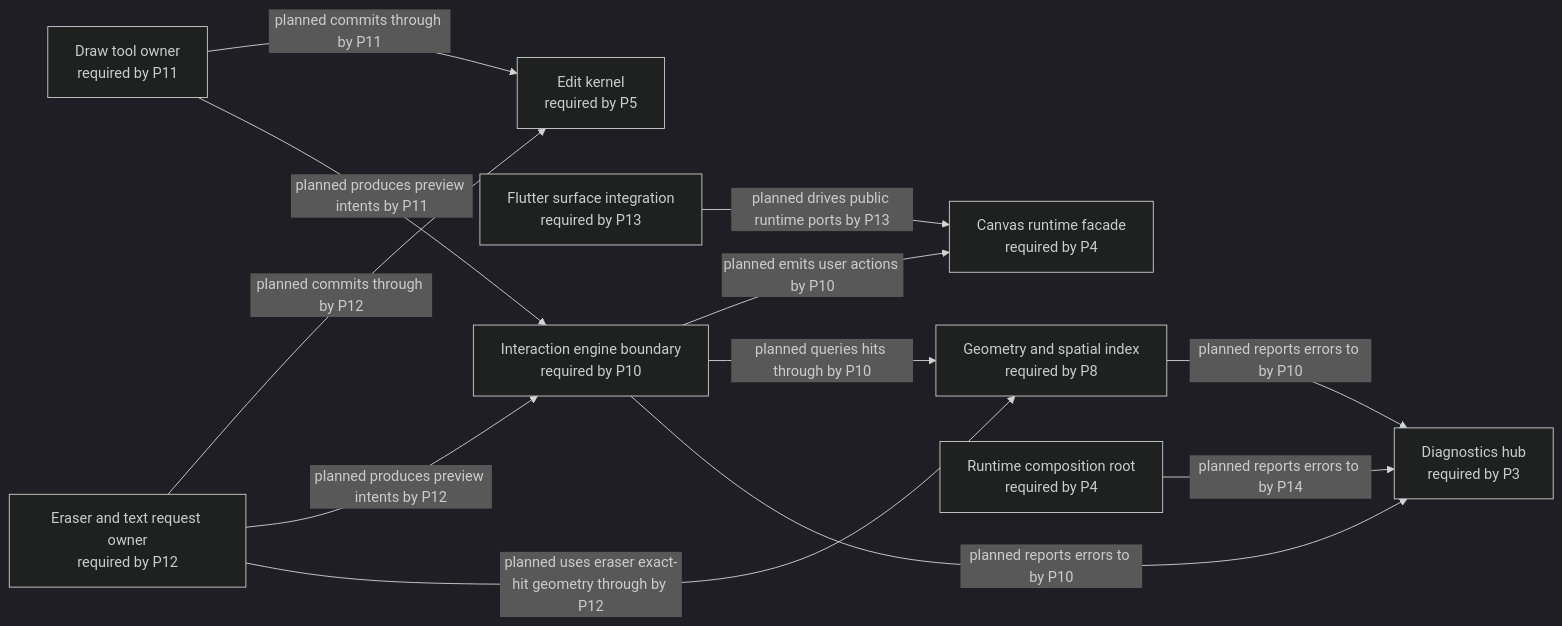
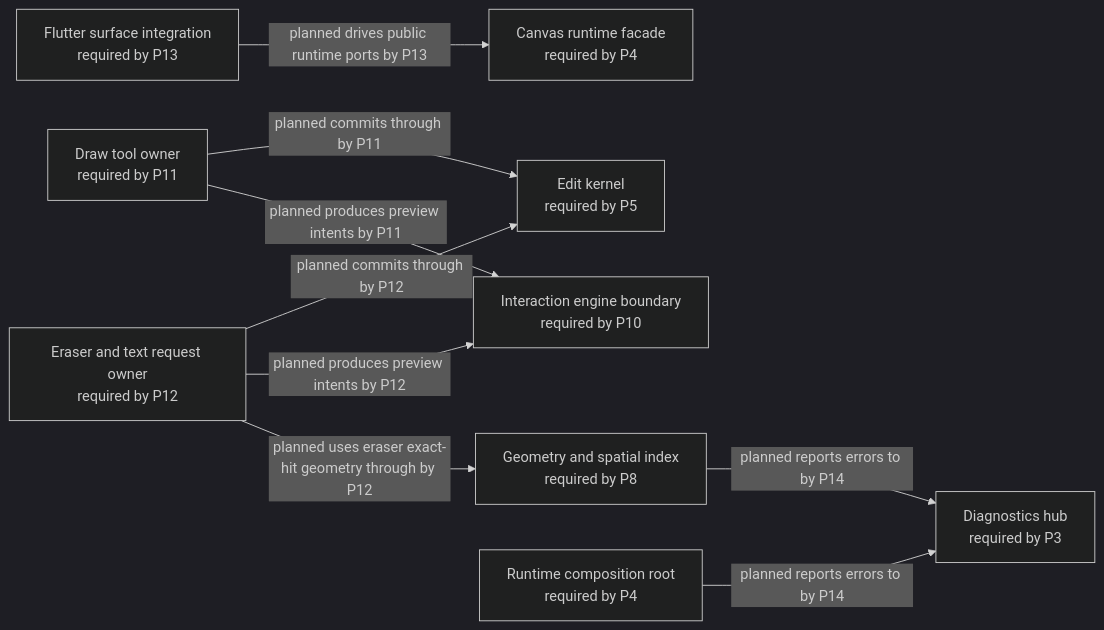
Before and after one commit to GreatPika/iwb_canvas_engine: the diagram in docs/diagrams/generated/future_target.mmd, drawn with Mermaid (dark theme). The commit also changed 14 other files, not shown here.

```diff
--- a/docs/diagrams/generated/future_target.mmd
+++ b/docs/diagrams/generated/future_target.mmd
@@ -1,26 +1,23 @@
 %% GENERATED FILE. Do not edit by hand.
 %% Source: docs/architecture/architecture_graph.yaml
 %% View: Future target architecture graph
-%% Selected phase: P9
+%% Selected phase: P10
 %% Note: Shows future planned edges after the selected phase plus their endpoint nodes for context.
 flowchart LR
   api_canvas_runtime["Canvas runtime facade<br/>required by P4"]
   diagnostics_hub["Diagnostics hub<br/>required by P3"]
   draw_tools["Draw tool owner<br/>required by P11"]
   edit_kernel["Edit kernel<br/>required by P5"]
   eraser_text_request["Eraser and text request owner<br/>required by P12"]
   flutter_surface["Flutter surface integration<br/>required by P13"]
   geometry_spatial_index["Geometry and spatial index<br/>required by P8"]
   interaction_engine["Interaction engine boundary<br/>required by P10"]
   runtime_root["Runtime composition root<br/>required by P4"]
   draw_tools -->|planned commits through by P11| edit_kernel
   draw_tools -->|planned produces preview intents by P11| interaction_engine
   eraser_text_request -->|planned commits through by P12| edit_kernel
   eraser_text_request -->|planned produces preview intents by P12| interaction_engine
   eraser_text_request -->|planned uses eraser exact-hit geometry through by P12| geometry_spatial_index
   flutter_surface -->|planned drives public runtime ports by P13| api_canvas_runtime
-  geometry_spatial_index -->|planned reports errors to by P10| diagnostics_hub
-  interaction_engine -->|planned emits user actions by P10| api_canvas_runtime
-  interaction_engine -->|planned queries hits through by P10| geometry_spatial_index
-  interaction_engine -->|planned reports errors to by P10| diagnostics_hub
+  geometry_spatial_index -->|planned reports errors to by P14| diagnostics_hub
   runtime_root -->|planned reports errors to by P14| diagnostics_hub
```
